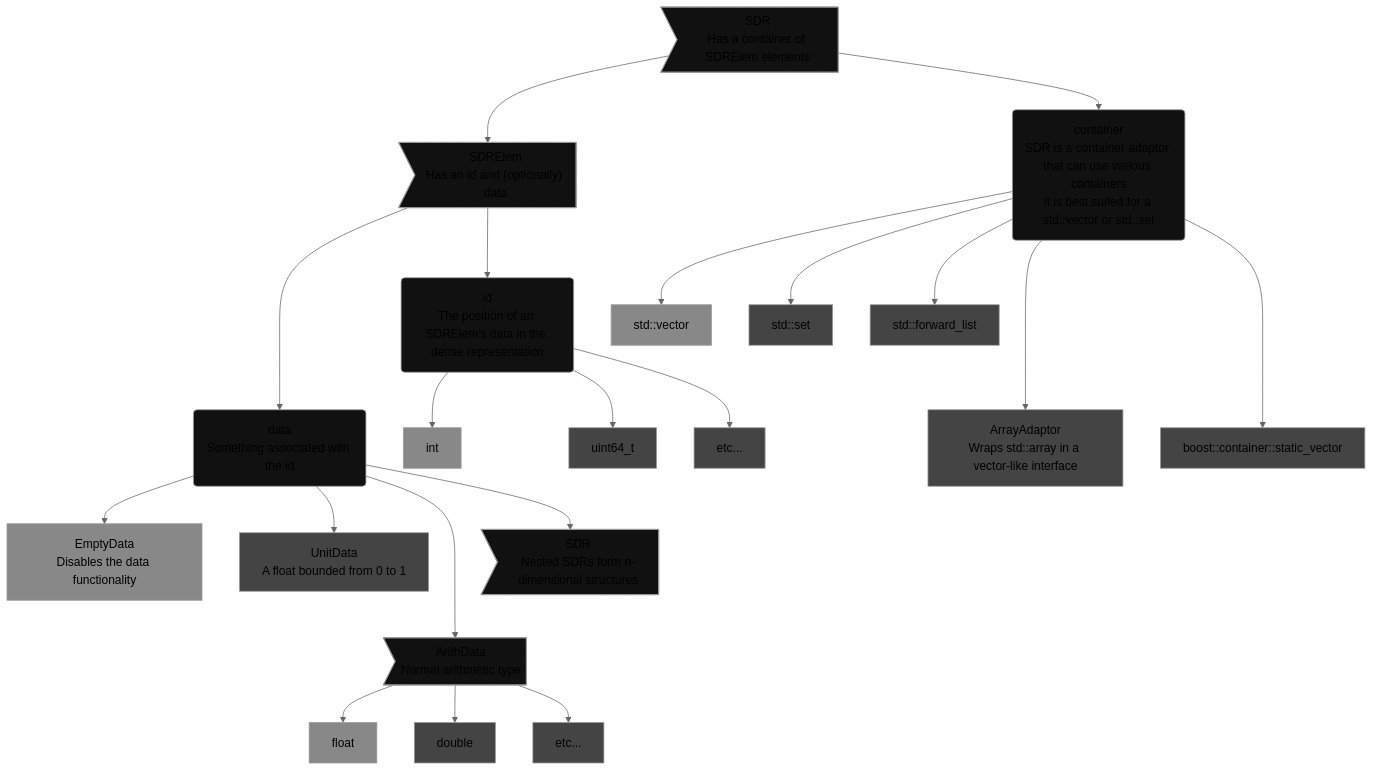
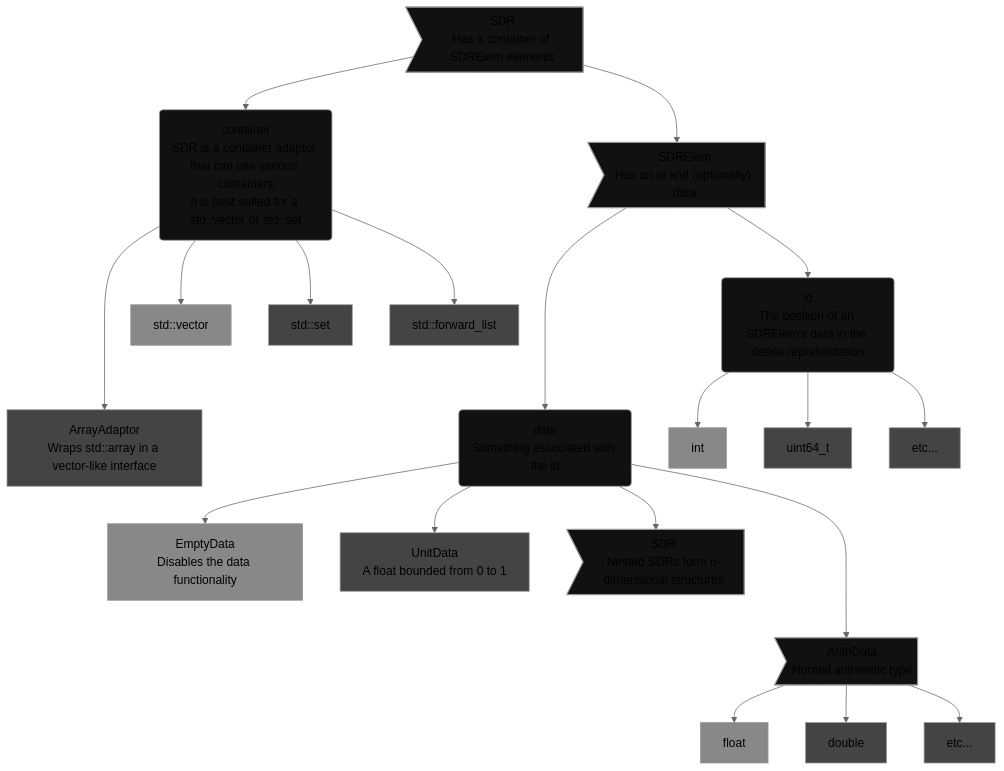
The second of 2 diagrams in README.md (jagprog5/SDR), drawn with Mermaid (neutral theme) before and after one commit. The commit also changed other lines of this file and 7 other files, not shown here.

````diff
--- a/README.md
+++ b/README.md
@@ -103,63 +105,61 @@
 ```mermaid
 flowchart TB
     SDR>"SDR\nHas a container of SDRElem elements"]
     SDRElem>"SDRElem\nHas an id and (optionally) data"]
     container("container\nSDR is a container adaptor that can use various containers\nIt is best suited for a std::vector or std::set")
     ArrayAdaptor["ArrayAdaptor\nWraps std::array in a vector-like interface"]
     EmptyData["EmptyData\nDisables the data functionality"]
     UnitData["UnitData\nA float bounded from 0 to 1"]
     ArithData>"ArithData\nNormal arithmetic type"]
     SDR2>"SDR\nNested SDRs form n-dimensional structures"]
     id("id\nThe position of an SDRElem's data in the dense representation")
     data("data\nSomething associated with the id")
 
     SDR-->SDRElem
     SDR-->container
     container-->std::vector
     container-->std::set
     container-->std::forward_list
     container--->ArrayAdaptor
-    container--->boost::container::static_vector
 
     SDRElem--->data
     SDRElem-->id
 
     id-->int
     id-->uint64_t
     id-->etc...
 
     data-->EmptyData
     data-->UnitData
     data--->ArithData
     data-->SDR2
 
     ArithData-->float
     ArithData-->double
     etc2["etc..."]
     ArithData-->etc2
 
 style SDR fill:#111
 style container fill:#111
 style SDRElem fill:#111
 style id fill:#111
 style data fill:#111
 
 style ArrayAdaptor fill:#444
-style boost::container::static_vector fill:#444
 style std::set fill:#444
 style std::forward_list fill:#444
 style UnitData fill:#444
 style ArithData fill:#111
 style uint64_t fill:#444
 style etc... fill:#444
 style SDR2 fill:#111
 
 style std::vector fill:#888
 style EmptyData fill:#888
 style int fill:#888
 
 style float fill:#888
 style double fill:#444
 style etc2 fill:#444
 
 ```
````
